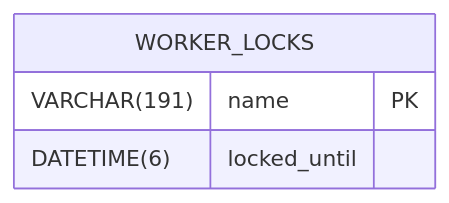
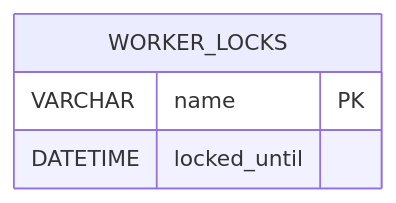
One commit to blackcatdatabase/table-worker-locks changed the diagram in README.md. Above: the diagram before and after it, drawn with Mermaid. The commit also changed other lines of this file, not shown here.

Commit message:
chore(schema): add/update generated schema + README (umbrella sync)

````diff
--- a/README.md
+++ b/README.md
@@ -43,7 +43,7 @@
 ```mermaid
 erDiagram
   WORKER_LOCKS {
-    VARCHAR(191) name PK
-    DATETIME(6) locked_until
+    VARCHAR name PK
+    DATETIME locked_until
   }
 ```
````
